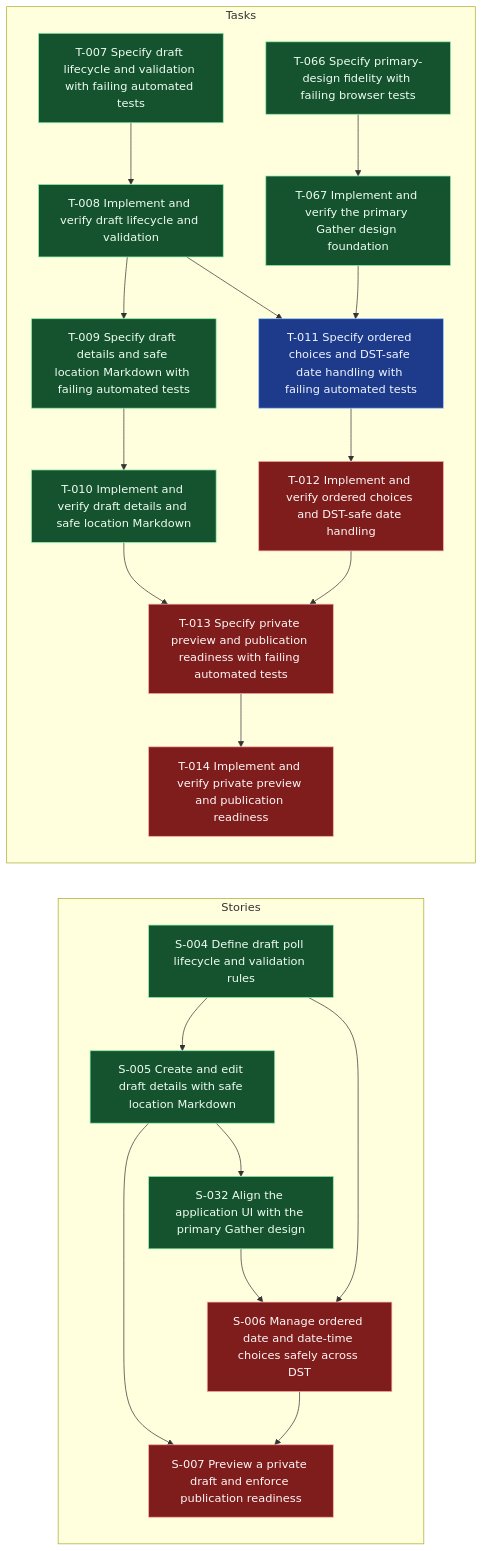
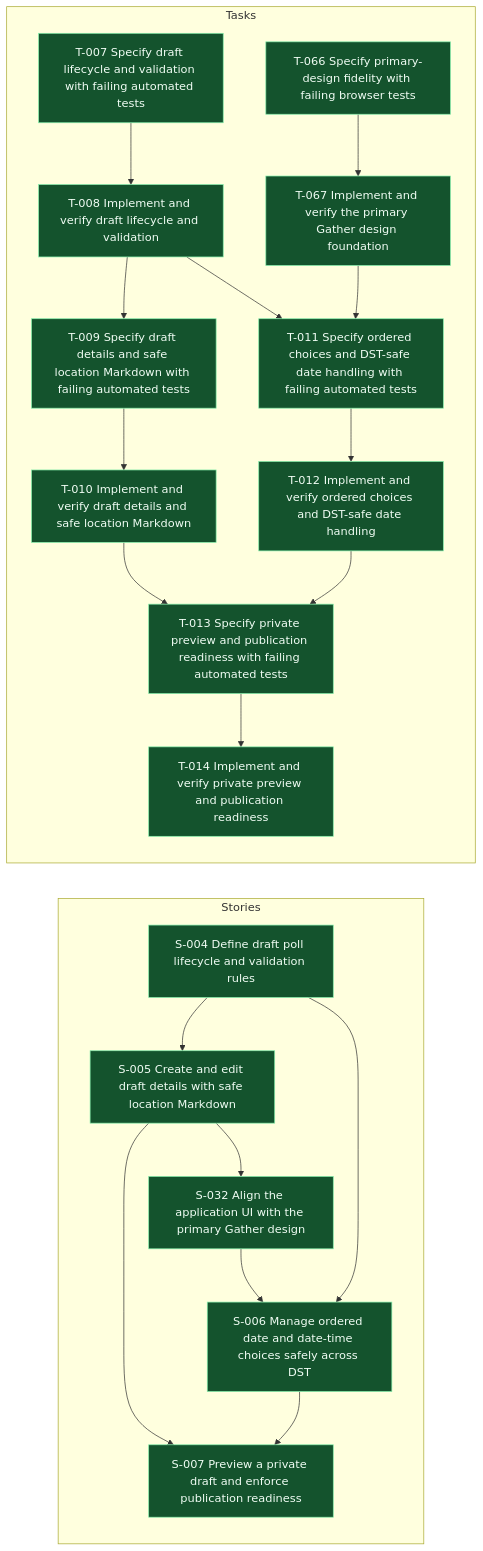
The diagram in .worktracker/graphs/E-002.mmd (andybalham/invite-agent), drawn with Mermaid before and after one commit. The commit also changed 24 other files, not shown here.

First line of the commit message:
feat: enhance date choice handling and UI components

```diff
--- a/.worktracker/graphs/E-002.mmd
+++ b/.worktracker/graphs/E-002.mmd
@@ -1,56 +1,56 @@
 graph LR
   classDef done fill:#14532d,stroke:#86efac,color:#f0fdf4;
   classDef blocked fill:#7f1d1d,stroke:#fca5a5,color:#fff7f7;
   classDef inprogress fill:#78350f,stroke:#fbbf24,color:#fffbeb;
   classDef todo fill:#1e3a8a,stroke:#93c5fd,color:#eff6ff;
   classDef empty fill:#374151,stroke:#d1d5db,color:#f9fafb,stroke-dasharray: 3 3;
   subgraph Stories
     S004["S-004 Define draft poll lifecycle and validation rules"]:::done
     S005["S-005 Create and edit draft details with safe location Markdown"]:::done
-    S006["S-006 Manage ordered date and date-time choices safely across DST"]:::blocked
-    S007["S-007 Preview a private draft and enforce publication readiness"]:::blocked
+    S006["S-006 Manage ordered date and date-time choices safely across DST"]:::done
+    S007["S-007 Preview a private draft and enforce publication readiness"]:::done
     S032["S-032 Align the application UI with the primary Gather design"]:::done
     S004 --> S005
     S004 --> S006
     S005 --> S007
     S005 --> S032
     S006 --> S007
     S032 --> S006
   end
   subgraph Tasks
     T007["T-007 Specify draft lifecycle and validation with failing automated tests"]:::done
     T008["T-008 Implement and verify draft lifecycle and validation"]:::done
     T009["T-009 Specify draft details and safe location Markdown with failing automated tests"]:::done
     T010["T-010 Implement and verify draft details and safe location Markdown"]:::done
-    T011["T-011 Specify ordered choices and DST-safe date handling with failing automated tests"]:::todo
-    T012["T-012 Implement and verify ordered choices and DST-safe date handling"]:::blocked
-    T013["T-013 Specify private preview and publication readiness with failing automated tests"]:::blocked
-    T014["T-014 Implement and verify private preview and publication readiness"]:::blocked
+    T011["T-011 Specify ordered choices and DST-safe date handling with failing automated tests"]:::done
+    T012["T-012 Implement and verify ordered choices and DST-safe date handling"]:::done
+    T013["T-013 Specify private preview and publication readiness with failing automated tests"]:::done
+    T014["T-014 Implement and verify private preview and publication readiness"]:::done
     T066["T-066 Specify primary-design fidelity with failing browser tests"]:::done
     T067["T-067 Implement and verify the primary Gather design foundation"]:::done
     T007 --> T008
     T008 --> T009
     T008 --> T011
     T009 --> T010
     T010 --> T013
     T011 --> T012
     T012 --> T013
     T013 --> T014
     T066 --> T067
     T067 --> T011
   end
   click S004 "../entities/S-004-define-draft-poll-lifecycle-and-validation-rules.md"
   click S005 "../entities/S-005-create-and-edit-draft-details-with-safe-location-markdown.md"
   click S006 "../entities/S-006-manage-ordered-date-and-date-time-choices-safely-across-dst.md"
   click S007 "../entities/S-007-preview-a-private-draft-and-enforce-publication-readiness.md"
   click S032 "../entities/S-032-align-the-application-ui-with-the-primary-gather-design.md"
   click T007 "../entities/T-007-specify-draft-lifecycle-and-validation-with-failing-automated-tests.md"
   click T008 "../entities/T-008-implement-and-verify-draft-lifecycle-and-validation.md"
   click T009 "../entities/T-009-specify-draft-details-and-safe-location-markdown-with-failing-automated-tests.md"
   click T010 "../entities/T-010-implement-and-verify-draft-details-and-safe-location-markdown.md"
   click T011 "../entities/T-011-specify-ordered-choices-and-dst-safe-date-handling-with-failing-automated-tests.md"
   click T012 "../entities/T-012-implement-and-verify-ordered-choices-and-dst-safe-date-handling.md"
   click T013 "../entities/T-013-specify-private-preview-and-publication-readiness-with-failing-automated-tests.md"
   click T014 "../entities/T-014-implement-and-verify-private-preview-and-publication-readiness.md"
   click T066 "../entities/T-066-specify-primary-design-fidelity-with-failing-browser-tests.md"
   click T067 "../entities/T-067-implement-and-verify-the-primary-gather-design-foundation.md"
```
